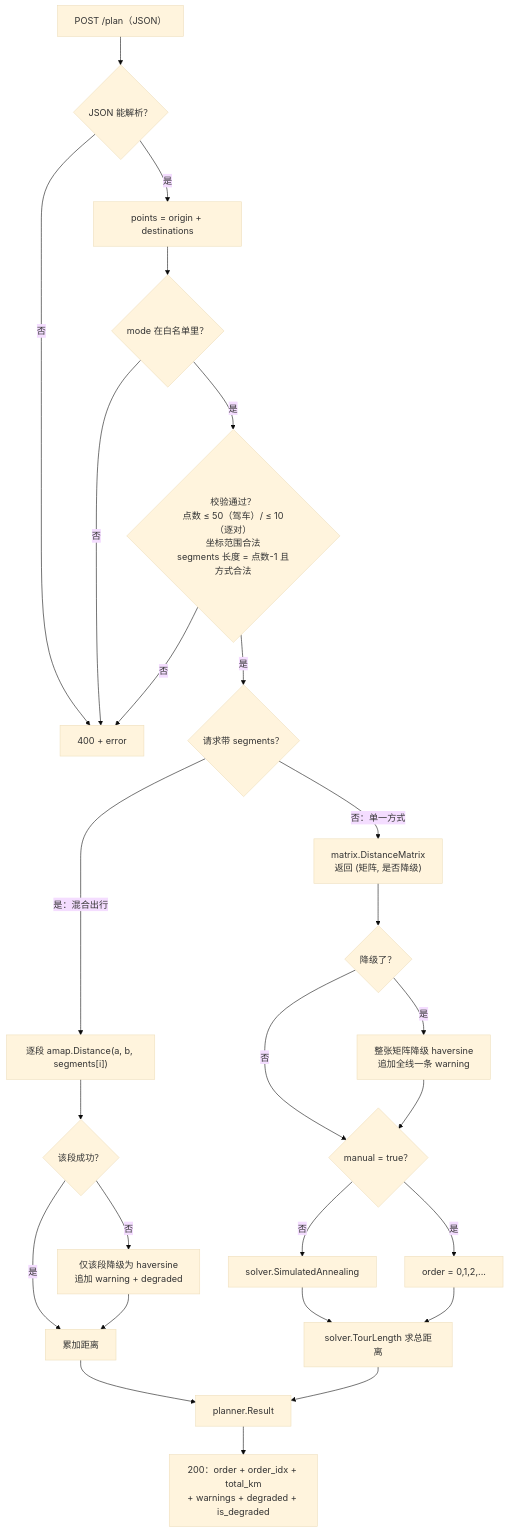
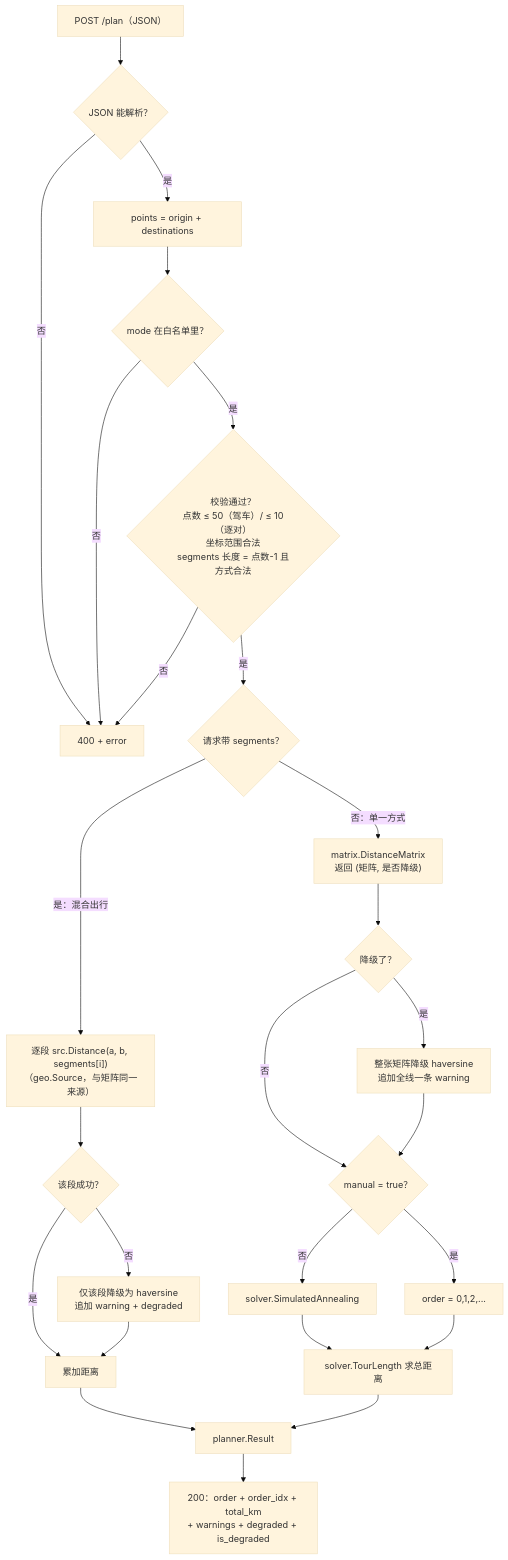
Before and after one commit to Gulugll/route66: the fifth of 5 diagrams in README.md, drawn with Mermaid (base theme). The commit also changed other lines of this file and 1 other file, not shown here.

First line of the commit message:
docs: README 与 Agent 流程图同步至当前架构

````diff
--- a/README.md
+++ b/README.md
@@ -479,31 +528,31 @@
 ```mermaid
 flowchart TD
     A["POST /plan（JSON）"] --> B{"JSON 能解析？"}
     B -->|"否"| E400["400 + error"]
     B -->|"是"| C["points = origin + destinations"]
     C --> V0{"mode 在白名单里？"}
     V0 -->|"否"| E400
     V0 -->|"是"| D{"校验通过？<br/>点数 ≤ 50（驾车）/ ≤ 10（逐对）<br/>坐标范围合法<br/>segments 长度 = 点数-1 且方式合法"}
     D -->|"否"| E400
     D -->|"是"| F{"请求带 segments？"}
 
-    F -->|"是：混合出行"| G["逐段 amap.Distance(a, b, segments[i])"]
+    F -->|"是：混合出行"| G["逐段 src.Distance(a, b, segments[i])<br/>（geo.Source，与矩阵同一来源）"]
     G --> H{"该段成功？"}
     H -->|"否"| I["仅该段降级为 haversine<br/>追加 warning + degraded"]
     H -->|"是"| J["累加距离"]
     I --> J
 
     F -->|"否：单一方式"| K["matrix.DistanceMatrix<br/>返回 (矩阵, 是否降级)"]
     K --> K2{"降级了？"}
     K2 -->|"是"| K3["整张矩阵降级 haversine<br/>追加全线一条 warning"]
     K2 -->|"否"| L
     K3 --> L{"manual = true？"}
     L -->|"否"| MM["solver.SimulatedAnnealing"]
     L -->|"是"| N["order = 0,1,2,..."]
     MM --> O["solver.TourLength 求总距离"]
     N --> O
 
     J --> R["planner.Result"]
     O --> R
     R --> P["200：order + order_idx + total_km<br/>+ warnings + degraded + is_degraded"]
 ```
````
